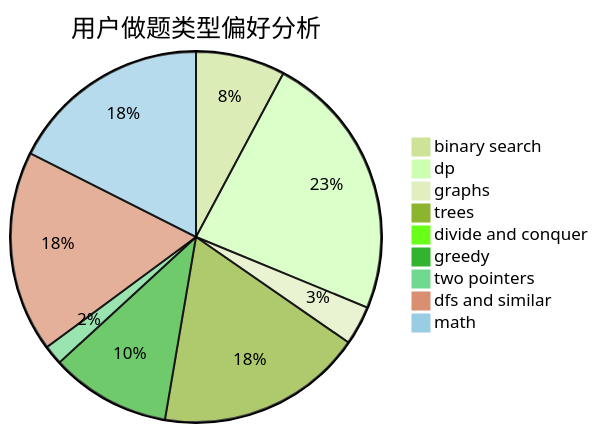
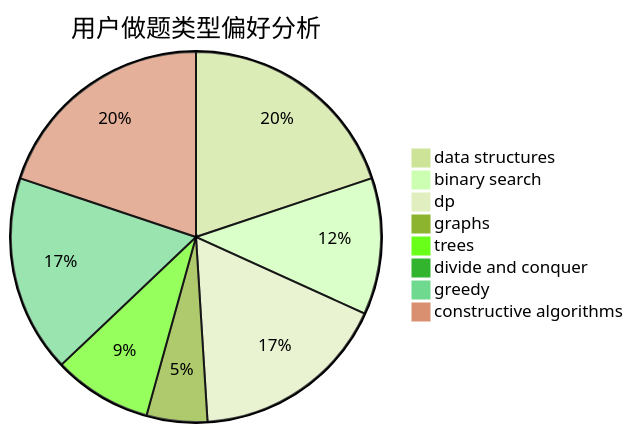
One commit to sherpahu/cfrs.github.io changed the second of 3 diagrams in docs/user/u1283.md. Above: the diagram before and after it, drawn with Mermaid (forest theme). The commit also changed other lines of this file and 2775 other files, not shown here.

````diff
--- a/docs/user/u1283.md
+++ b/docs/user/u1283.md
@@ -23,12 +23,11 @@
 ```mermaid
 pie title 用户做题类型偏好分析
-    "binary search" :  32
-    "dp" :  96
-    "graphs" :  14
-    "trees" :  74
+    "data structures" :  30
+    "binary search" :  18
+    "dp" :  26
+    "graphs" :  8
+    "trees" :  13
     "divide and conquer" :  0
-    "greedy" :  43
-    "two pointers" :  7
-    "dfs and similar" :  72
-    "math" :  72
+    "greedy" :  26
+    "constructive algorithms" :  30
 ```
````
